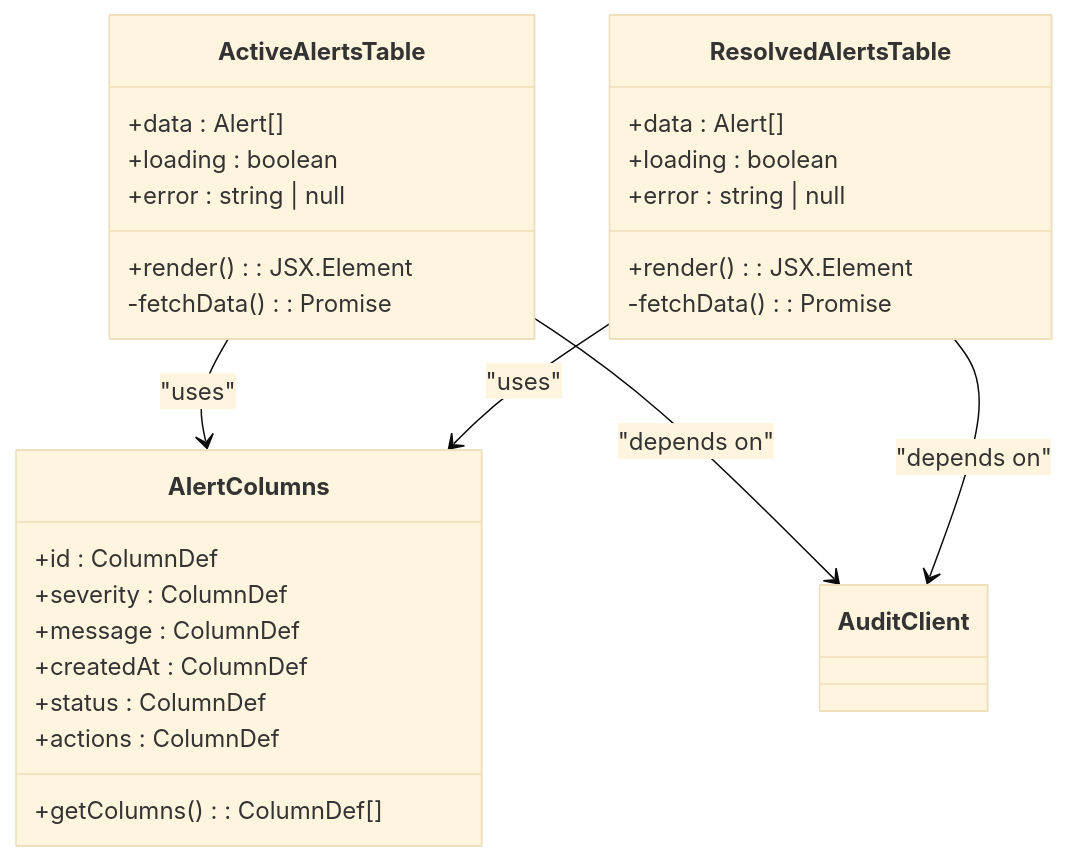
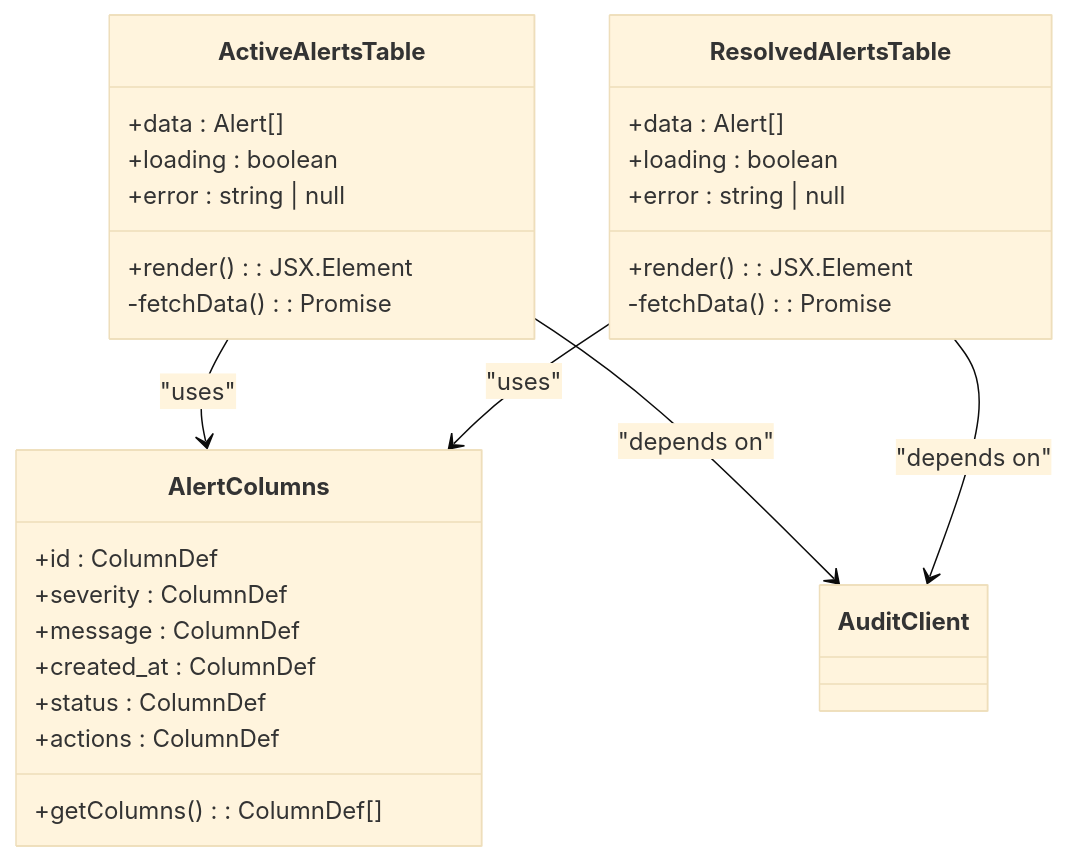
The third of 11 diagrams in .qoder/repowiki/en/content/Web Application/Alert Management/Alert Management.md (smedrec/smart-logs), drawn with Mermaid (base theme) before and after one commit. The commit also changed other lines of this file and 24 other files, not shown here.

````diff
--- a/.qoder/repowiki/en/content/Web Application/Alert Management/Alert Management.md
+++ b/.qoder/repowiki/en/content/Web Application/Alert Management/Alert Management.md
@@ -131,30 +138,30 @@
 ```mermaid
 classDiagram
 class ActiveAlertsTable {
 +data : Alert[]
 +loading : boolean
 +error : string | null
 +render() : JSX.Element
 -fetchData() : Promise<void>
 }
 class ResolvedAlertsTable {
 +data : Alert[]
 +loading : boolean
 +error : string | null
 +render() : JSX.Element
 -fetchData() : Promise<void>
 }
 class AlertColumns {
 +id : ColumnDef
 +severity : ColumnDef
 +message : ColumnDef
-+createdAt : ColumnDef
++created_at : ColumnDef
 +status : ColumnDef
 +actions : ColumnDef
 +getColumns() : ColumnDef[]
 }
 ActiveAlertsTable --> AlertColumns : "uses"
 ResolvedAlertsTable --> AlertColumns : "uses"
 ActiveAlertsTable --> AuditClient : "depends on"
 ResolvedAlertsTable --> AuditClient : "depends on"
 ```
````
